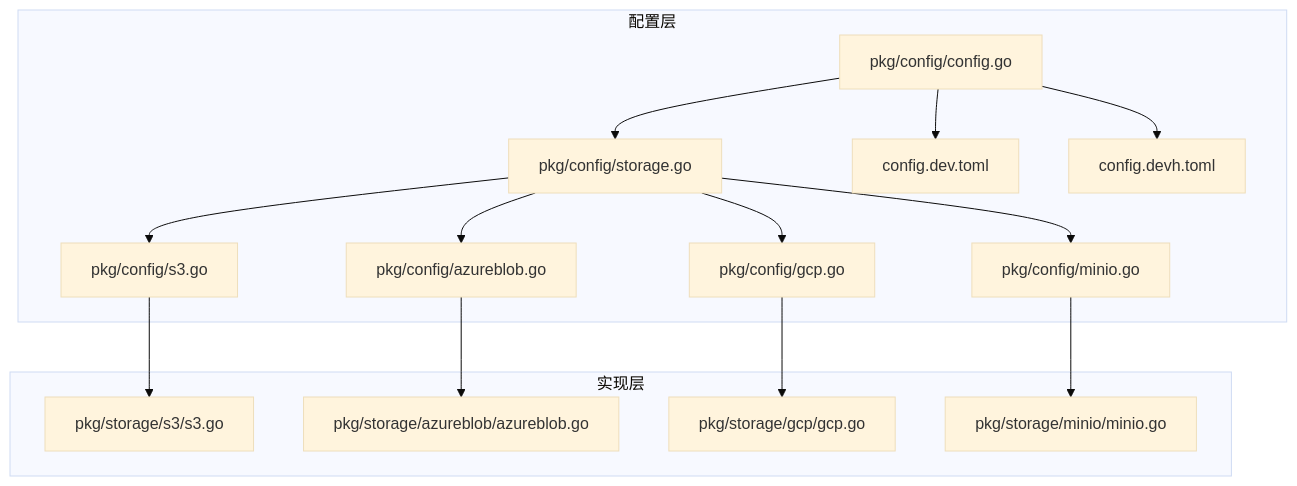
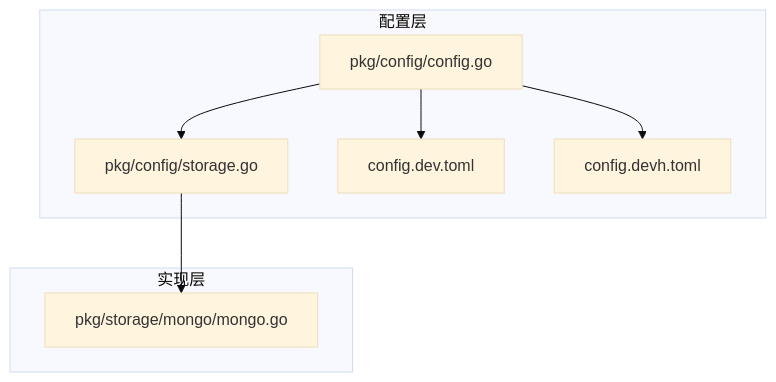
The first of 3 diagrams in .qoder/repowiki/zh/content/配置参考/存储后端配置/云存储配置/云存储配置.md (leimeng-go/athens), drawn with Mermaid (base theme) before and after one commit. The commit also changed other lines of this file and 14 other files, not shown here.

````diff
--- a/.qoder/repowiki/zh/content/配置参考/存储后端配置/云存储配置/云存储配置.md
+++ b/.qoder/repowiki/zh/content/配置参考/存储后端配置/云存储配置/云存储配置.md
@@ -50,30 +46,16 @@
 ```mermaid
 graph TB
 subgraph "配置层"
 CFG["pkg/config/config.go"]
 ST["pkg/config/storage.go"]
-S3C["pkg/config/s3.go"]
-AZC["pkg/config/azureblob.go"]
-GCC["pkg/config/gcp.go"]
-MIC["pkg/config/minio.go"]
 TOML["config.dev.toml"]
 TOMLZH["config.devh.toml"]
 end
 subgraph "实现层"
-S3IMPL["pkg/storage/s3/s3.go"]
-AZIMPL["pkg/storage/azureblob/azureblob.go"]
-GCIMPL["pkg/storage/gcp/gcp.go"]
-MIIMPL["pkg/storage/minio/minio.go"]
+MONGOIMPL["pkg/storage/mongo/mongo.go"]
 end
 CFG --> ST
-ST --> S3C
-ST --> AZC
-ST --> GCC
-ST --> MIC
+ST --> MONGOIMPL
 CFG --> TOML
 CFG --> TOMLZH
-S3C --> S3IMPL
-AZC --> AZIMPL
-GCC --> GCIMPL
-MIC --> MIIMPL
 ```
````
